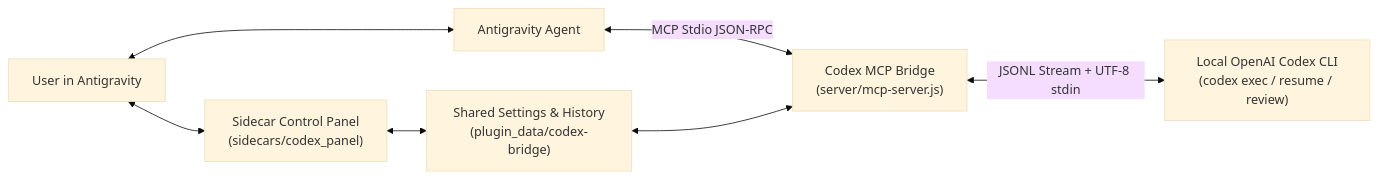
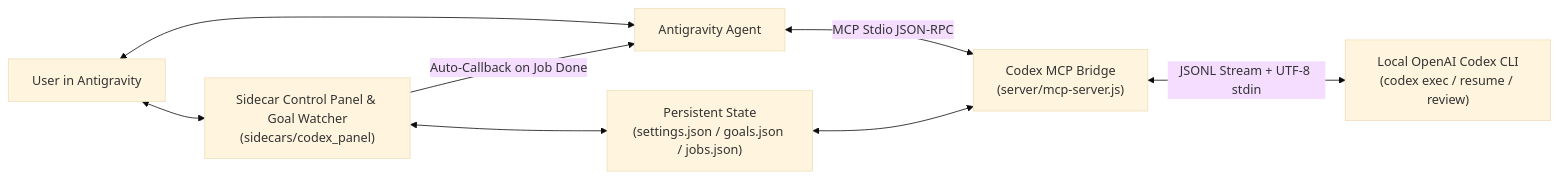
Before and after one commit to yeyuhants-prog/codex-bridge: the diagram in README.md, drawn with Mermaid (base theme). The commit also changed other lines of this file and 16 other files, not shown here.

Commit message:
feat(v1.2.0): add persistent goal & milestone board, restart-resilient jobs, progression modes & auto-callback loop

````diff
--- a/README.md
+++ b/README.md
@@ -44,9 +45,10 @@
 ```mermaid
 flowchart LR
   User["User in Antigravity"] <--> Agent["Antigravity Agent"]
-  User <--> Panel["Sidecar Control Panel<br/>(sidecars/codex_panel)"]
-  Panel <--> Store["Shared Settings & History<br/>(plugin_data/codex-bridge)"]
+  User <--> Panel["Sidecar Control Panel & Goal Watcher<br/>(sidecars/codex_panel)"]
+  Panel -->|Auto-Callback on Job Done| Agent
+  Panel <--> Store["Persistent State<br/>(settings.json / goals.json / jobs.json)"]
   Agent <-->|MCP Stdio JSON-RPC| Server["Codex MCP Bridge<br/>(server/mcp-server.js)"]
   Store <--> Server
   Server <-->|JSONL Stream + UTF-8 stdin| Codex["Local OpenAI Codex CLI<br/>(codex exec / resume / review)"]
 ```
````
